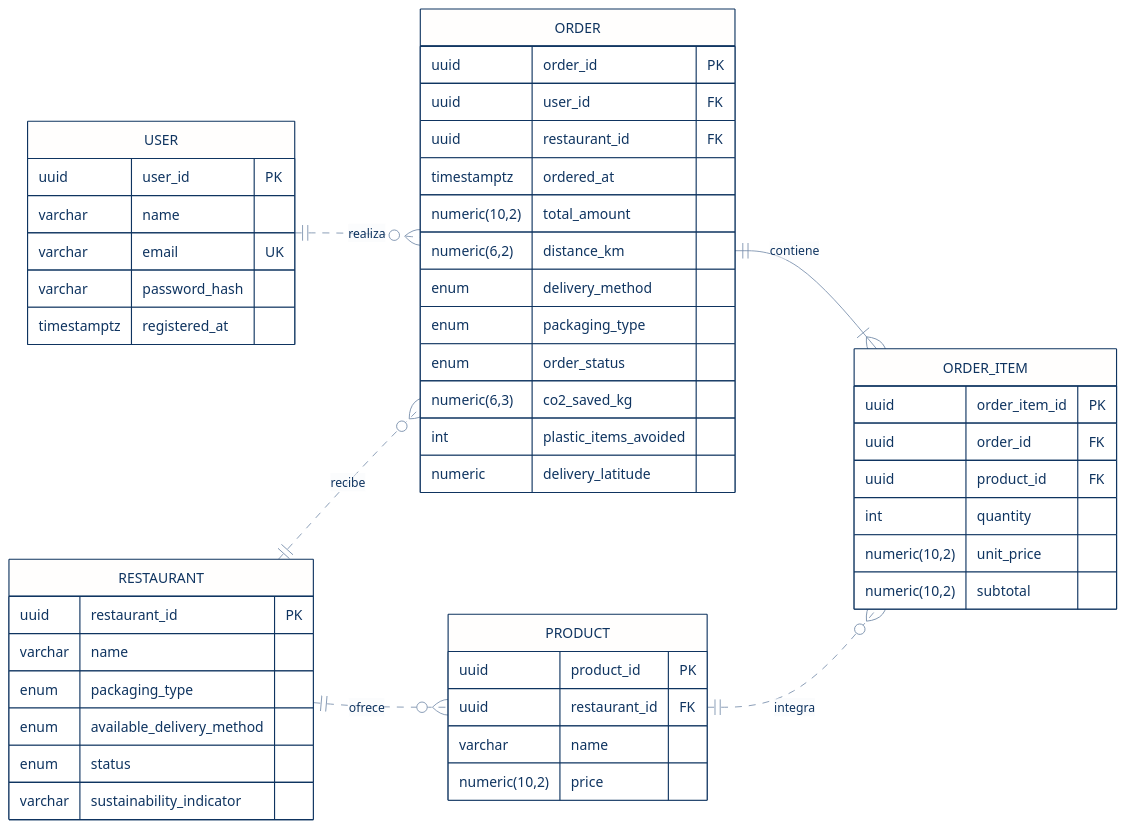
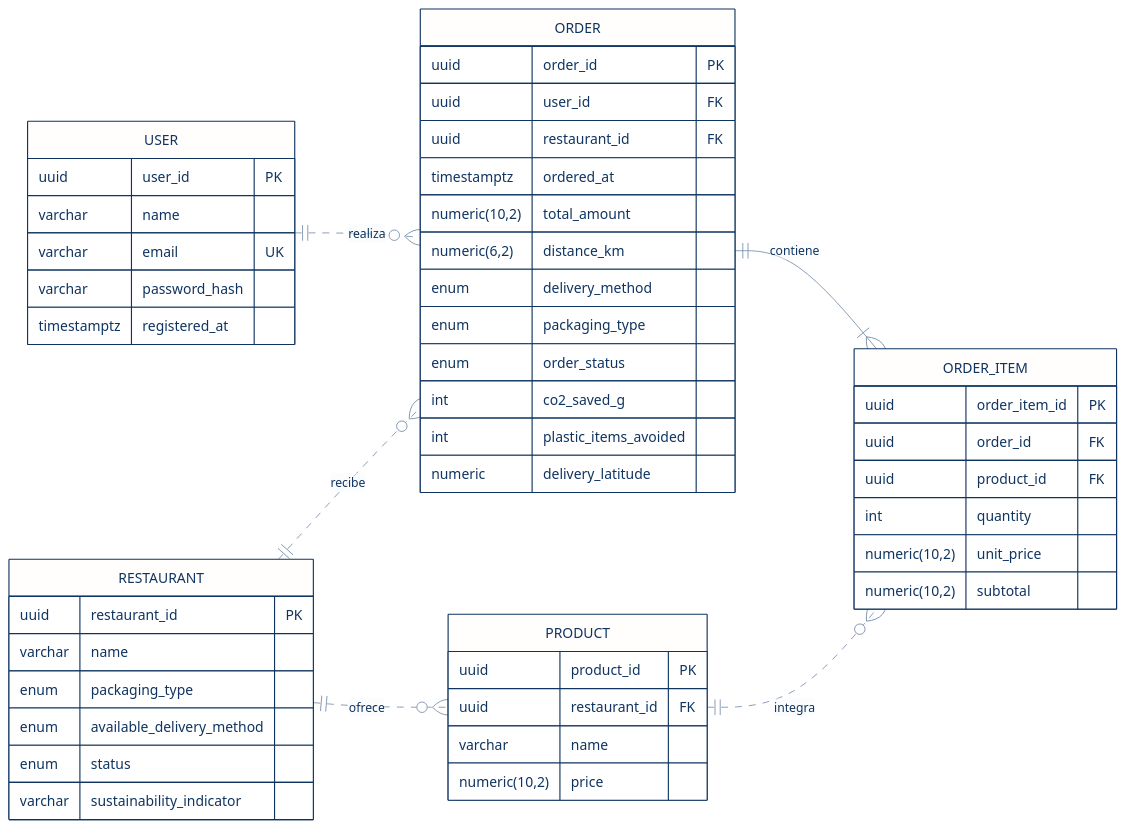
One commit to Talently-Lab/S2601-EcoBite changed the diagram in docs/api/data-model/erd.mmd. Above: the diagram before and after it, drawn with Mermaid. The commit also changed 3 other files, not shown here.

Commit message:
feat(db): align Prisma schema and migration with data model

```diff
--- a/docs/api/data-model/erd.mmd
+++ b/docs/api/data-model/erd.mmd
@@ -1,57 +1,57 @@
 %%{init: {'theme':'base','themeVariables': {'primaryColor':'#fffefd','primaryBorderColor':'#0f3460','primaryTextColor':'#0f3460','lineColor':'#7b91ad','secondaryColor':'#edf2f7','tertiaryColor':'#f7fafc'}}}%%
 erDiagram
     direction LR
 
     USER ||..o{ ORDER : realiza
     RESTAURANT ||..o{ PRODUCT : ofrece
     RESTAURANT ||..o{ ORDER : recibe
     ORDER ||--|{ ORDER_ITEM : contiene
     PRODUCT ||..o{ ORDER_ITEM : integra
 
     USER {
         uuid user_id PK
         varchar name
         varchar email UK
         varchar password_hash
         timestamptz registered_at
     }
 
     RESTAURANT {
         uuid restaurant_id PK
         varchar name
         enum packaging_type
         enum available_delivery_method
         enum status
         varchar sustainability_indicator
     }
 
     PRODUCT {
         uuid product_id PK
         uuid restaurant_id FK
         varchar name
         numeric(10,2) price
     }
 
     ORDER {
         uuid order_id PK
         uuid user_id FK
         uuid restaurant_id FK
         timestamptz ordered_at
         numeric(10,2) total_amount
         numeric(6,2) distance_km
         enum delivery_method
         enum packaging_type
         enum order_status
-        numeric(6,3) co2_saved_kg
+        int co2_saved_g
         int plastic_items_avoided
         numeric delivery_latitude
     }
 
     ORDER_ITEM {
         uuid order_item_id PK
         uuid order_id FK
         uuid product_id FK
         int quantity
         numeric(10,2) unit_price
         numeric(10,2) subtotal
     }
```
